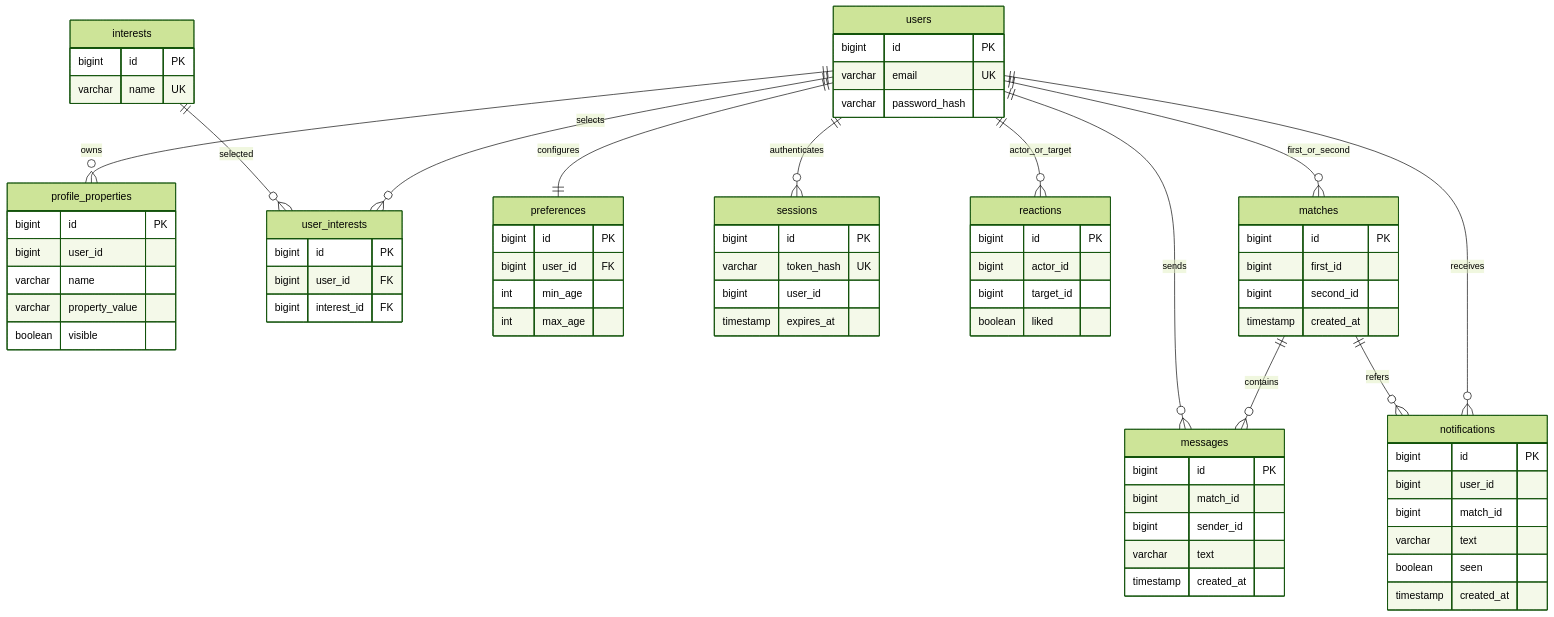
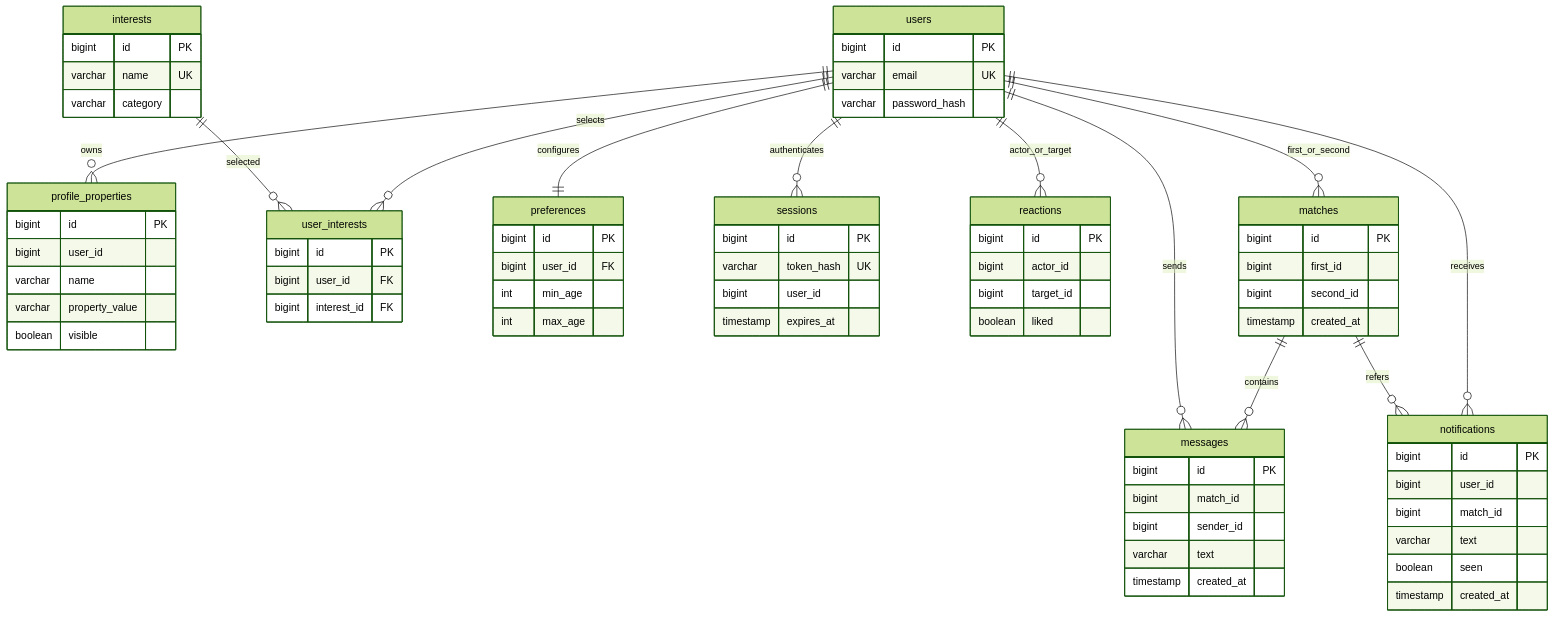
One commit to SMART-DATING/nexus-docs changed the diagram in diagrams/ERD.md. Above: the diagram before and after it, drawn with Mermaid (forest theme). The commit also changed other lines of this file and 2 other files, not shown here.

Commit message:
Document preserved legacy interest categories

````diff
--- a/diagrams/ERD.md
+++ b/diagrams/ERD.md
@@ -3,74 +3,75 @@
 ```mermaid
 erDiagram
   users ||--o{ profile_properties : owns
   users ||--o{ user_interests : selects
   interests ||--o{ user_interests : selected
   users ||--|| preferences : configures
   users ||--o{ sessions : authenticates
   users ||--o{ reactions : actor_or_target
   users ||--o{ matches : first_or_second
   matches ||--o{ messages : contains
   users ||--o{ messages : sends
   users ||--o{ notifications : receives
   matches ||--o{ notifications : refers
   users {
     bigint id PK
     varchar email UK
     varchar password_hash
   }
   profile_properties {
     bigint id PK
     bigint user_id
     varchar name
     varchar property_value
     boolean visible
   }
   interests {
     bigint id PK
     varchar name UK
+    varchar category
   }
   user_interests {
     bigint id PK
     bigint user_id FK
     bigint interest_id FK
   }
   preferences {
     bigint id PK
     bigint user_id FK
     int min_age
     int max_age
   }
   reactions {
     bigint id PK
     bigint actor_id
     bigint target_id
     boolean liked
   }
   matches {
     bigint id PK
     bigint first_id
     bigint second_id
     timestamp created_at
   }
   messages {
     bigint id PK
     bigint match_id
     bigint sender_id
     varchar text
     timestamp created_at
   }
   notifications {
     bigint id PK
     bigint user_id
     bigint match_id
     varchar text
     boolean seen
     timestamp created_at
   }
   sessions {
     bigint id PK
     varchar token_hash UK
     bigint user_id
     timestamp expires_at
   }
 ```
````
